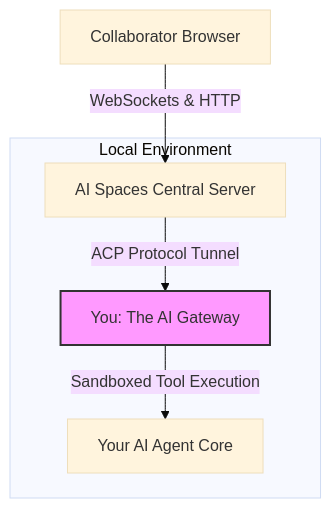
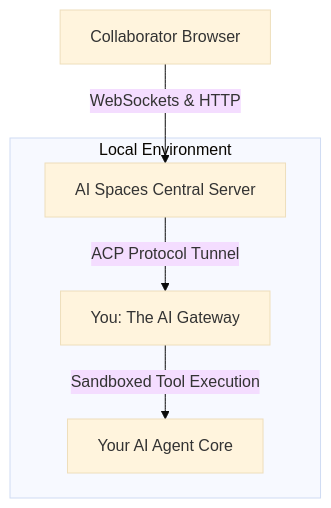
The first of 2 diagrams in REMOTE_AGENTS.md (jchadwick/ai-spaces), drawn with Mermaid (base theme) before and after one commit. The commit also changed other lines of this file and 4 other files, not shown here.

````diff
--- a/REMOTE_AGENTS.md
+++ b/REMOTE_AGENTS.md
@@ -34,11 +24,8 @@
 ```mermaid
 graph TD
     Client[Collaborator Browser] -- "WebSockets & HTTP" --> Server[AI Spaces Central Server]
     subgraph Local Environment
         Server -- "ACP Protocol Tunnel" --> Gateway[You: The AI Gateway]
         Gateway -- "Sandboxed Tool Execution" --> Agent[Your AI Agent Core]
     end
-    
-    style Gateway fill:#f9f,stroke:#333,stroke-width:2px
-
 ```
````
